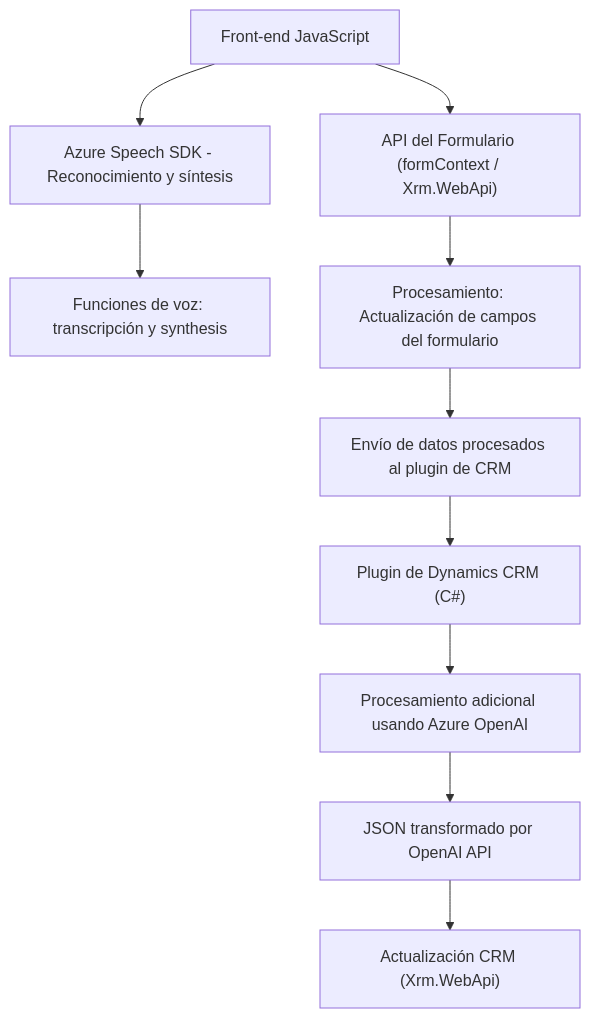
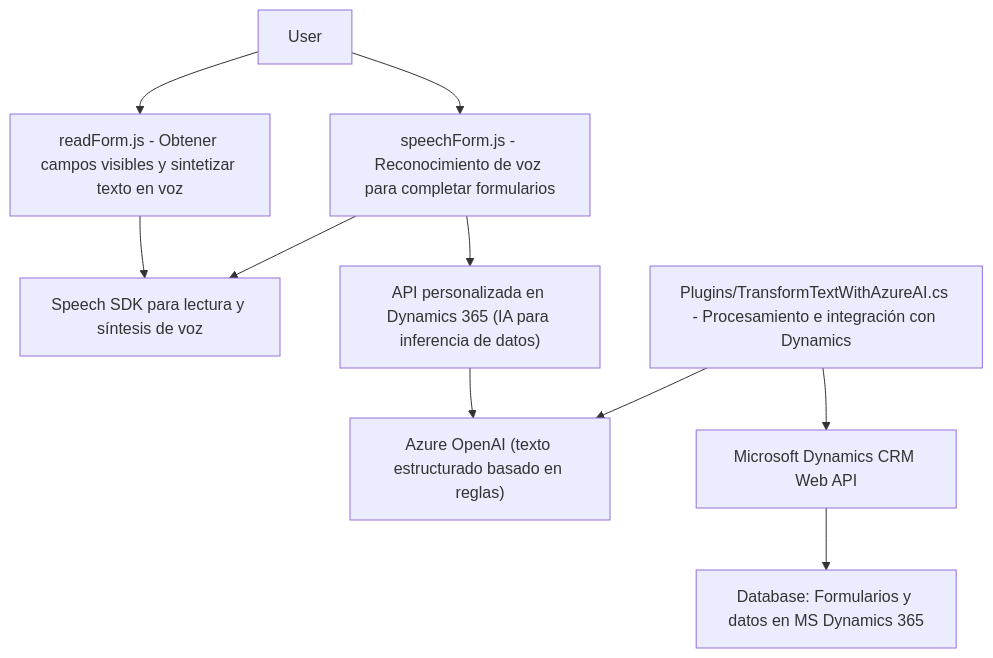
One commit to blopezdm/NETCORE_BILBAO2025 changed the diagram in README.md. Above: the diagram before and after it, drawn with Mermaid. The commit also changed other lines of this file, not shown here.

Commit message:
Actualizar análisis global de la solución con IA

````diff
--- a/README.md
+++ b/README.md
@@ -42,13 +62,12 @@
 ```mermaid
 graph TD
-    A["Front-end JavaScript"] --> B["Azure Speech SDK - Reconocimiento y síntesis"]
-    A --> C["API del Formulario (formContext / Xrm.WebApi)"]
-    B --> D["Funciones de voz: transcripción y synthesis"]
-    C --> E["Procesamiento: Actualización de campos del formulario"]
-    E --> F["Envío de datos procesados al plugin de CRM"]
-
-    G["Plugin de Dynamics CRM (C#)"] --> H["Procesamiento adicional usando Azure OpenAI"]
-    F --> G
-    H --> I["JSON transformado por OpenAI API"]
-    I --> J["Actualización CRM (Xrm.WebApi)"]
+    A["User"] --> B["readForm.js - Obtener campos visibles y sintetizar texto en voz"]
+    B --> C["Speech SDK para lectura y síntesis de voz"]
+    A --> D["speechForm.js - Reconocimiento de voz para completar formularios"]
+    D --> C
+    D --> E["API personalizada en Dynamics 365 (IA para inferencia de datos)"]
+    E --> F["Azure OpenAI (texto estructurado basado en reglas)"]
+    G["Plugins/TransformTextWithAzureAI.cs - Procesamiento e integración con Dynamics"] --> F
+    G --> H["Microsoft Dynamics CRM Web API"]
+    H --> I["Database: Formularios y datos en MS Dynamics 365"]
 ```
````
